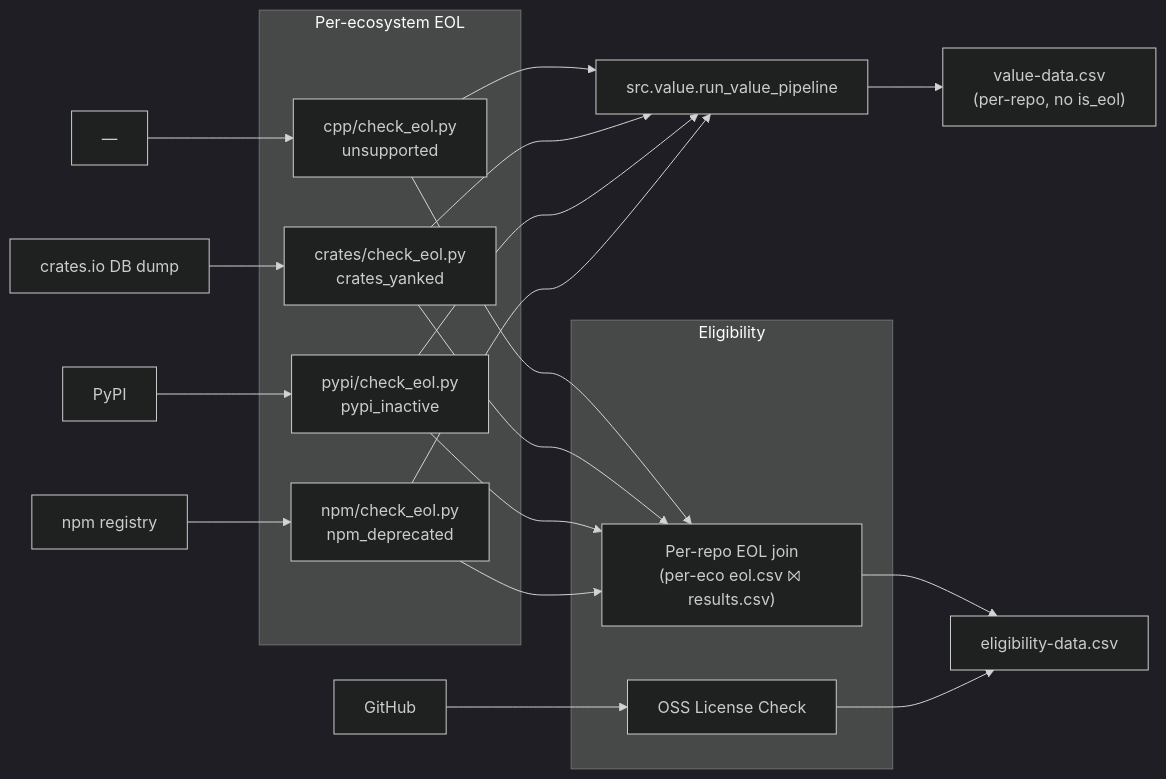
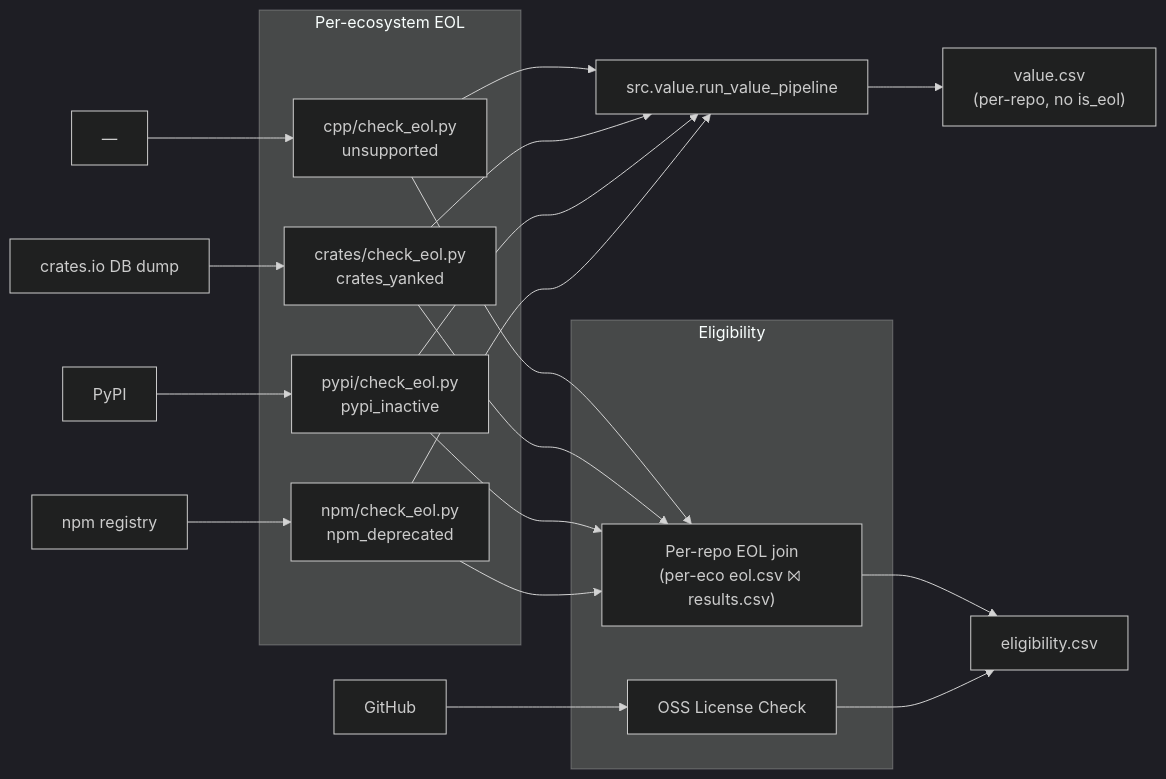
The diagram in docs/eligibility.md (osendowment/model), drawn with Mermaid (dark theme) before and after one commit. The commit also changed other lines of this file and 5 other files, not shown here.

````diff
--- a/docs/eligibility.md
+++ b/docs/eligibility.md
@@ -62,35 +62,35 @@
 ```mermaid
 graph LR
     github["GitHub"]
     npm["npm registry"]
     pypi["PyPI"]
     crates["crates.io DB dump"]
     cpp["—"]
 
     subgraph EOL["Per-ecosystem EOL"]
         npm_eol["npm/check_eol.py<br/>npm_deprecated"]
         pypi_eol["pypi/check_eol.py<br/>pypi_inactive"]
         crates_eol["crates/check_eol.py<br/>crates_yanked"]
         cpp_eol["cpp/check_eol.py<br/>unsupported"]
     end
 
     npm --> npm_eol --> unify["src.value.run_value_pipeline"]
     pypi --> pypi_eol --> unify
     crates --> crates_eol --> unify
     cpp --> cpp_eol --> unify
 
-    unify --> value["value-data.csv<br/>(per-repo, no is_eol)"]
+    unify --> value["value.csv<br/>(per-repo, no is_eol)"]
 
     subgraph Eligibility["Eligibility"]
         license["OSS License Check"]
         eol_join["Per-repo EOL join<br/>(per-eco eol.csv ⨝ results.csv)"]
     end
 
     github --> license
     npm_eol --> eol_join
     pypi_eol --> eol_join
     crates_eol --> eol_join
     cpp_eol --> eol_join
-    license --> output["eligibility-data.csv"]
+    license --> output["eligibility.csv"]
     eol_join --> output
 ```
````
